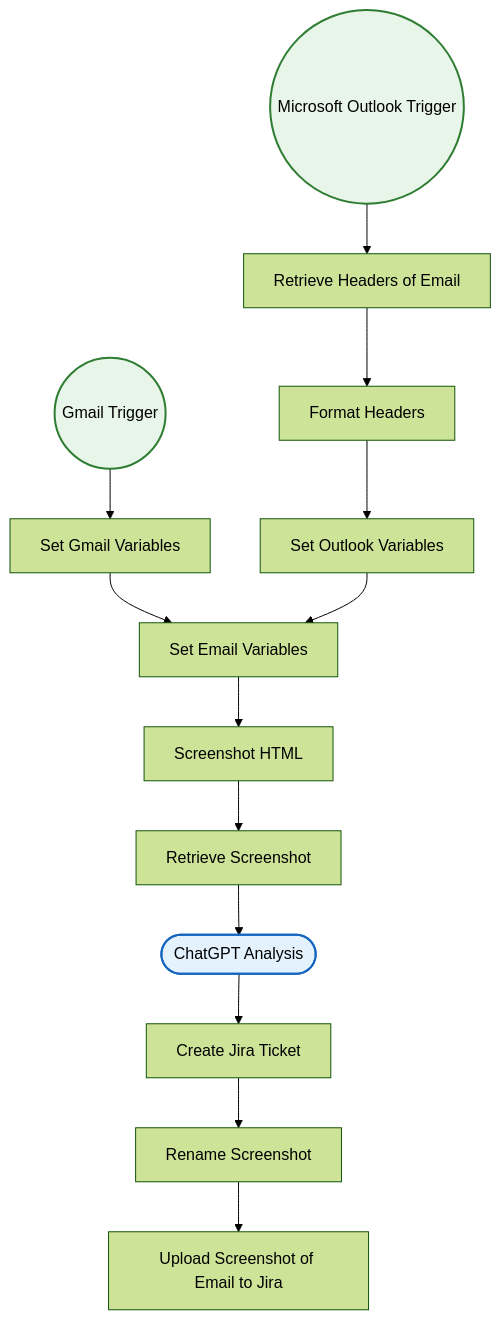
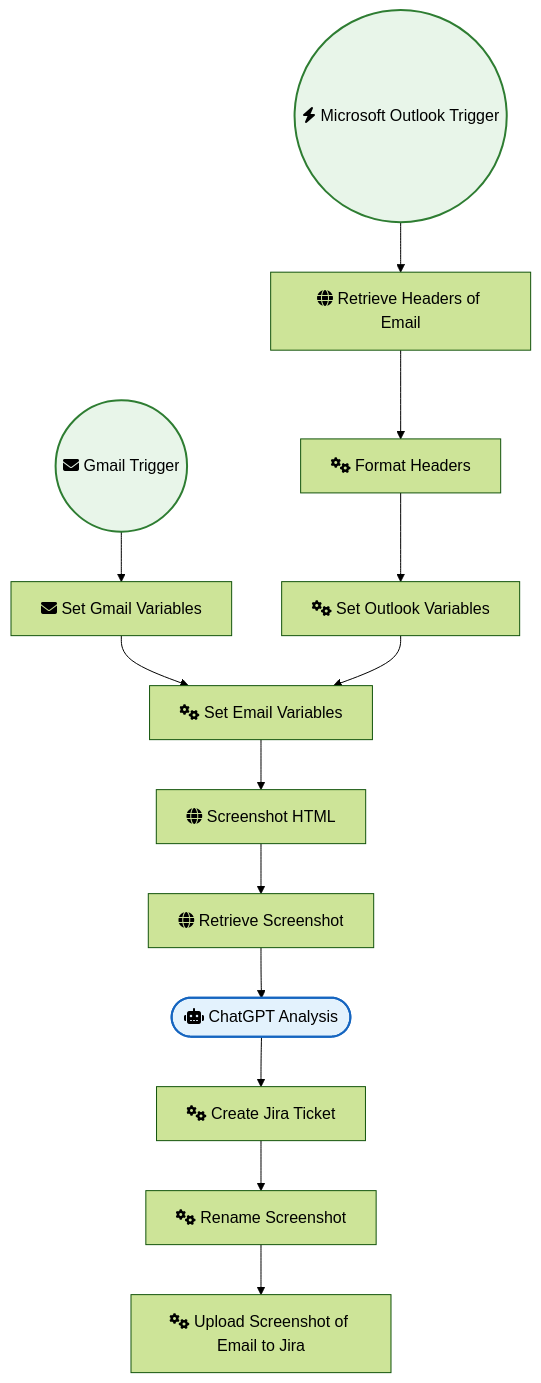
The diagram in Gmail_and_Email_Automation/Analyze Suspicious Email Contents with ChatGPT Vision.md (sreyash3105/N8N-DEMO-AUTOMATIONS), drawn with Mermaid (forest theme) before and after one commit. The commit also changed 291 other files, not shown here.

````diff
--- a/Gmail_and_Email_Automation/Analyze Suspicious Email Contents with ChatGPT Vision.md
+++ b/Gmail_and_Email_Automation/Analyze Suspicious Email Contents with ChatGPT Vision.md
@@ -1,33 +1,33 @@
 ```mermaid
 graph TD
     classDef trigger fill:#e8f5e9,stroke:#2e7d32,stroke-width:2px;
     classDef ai fill:#e3f2fd,stroke:#1565c0,stroke-width:2px;
     classDef logic fill:#fff3e0,stroke:#ef6c00,stroke-width:2px;
 
-    Gmail_Trigger(("Gmail Trigger")):::trigger
-    Microsoft_Outlook_Trigger(("Microsoft Outlook Trigger")):::trigger
-    Screenshot_HTML["Screenshot HTML"]
-    Retrieve_Screenshot["Retrieve Screenshot"]
-    Set_Outlook_Variables["Set Outlook Variables"]
-    Set_Gmail_Variables["Set Gmail Variables"]
-    Retrieve_Headers_of_Email["Retrieve Headers of Email"]
-    Format_Headers["Format Headers"]
-    Set_Email_Variables["Set Email Variables"]
-    ChatGPT_Analysis(["ChatGPT Analysis"]):::ai
-    Create_Jira_Ticket["Create Jira Ticket"]
-    Rename_Screenshot["Rename Screenshot"]
-    Upload_Screenshot_of_Email_to_Jira["Upload Screenshot of Email to Jira"]
+    Gmail_Trigger(("fas:fa-envelope Gmail Trigger")):::trigger
+    Microsoft_Outlook_Trigger(("fas:fa-bolt Microsoft Outlook Trigger")):::trigger
+    Screenshot_HTML["fas:fa-globe Screenshot HTML"]
+    Retrieve_Screenshot["fas:fa-globe Retrieve Screenshot"]
+    Set_Outlook_Variables["fas:fa-cogs Set Outlook Variables"]
+    Set_Gmail_Variables["fas:fa-envelope Set Gmail Variables"]
+    Retrieve_Headers_of_Email["fas:fa-globe Retrieve Headers of Email"]
+    Format_Headers["fas:fa-cogs Format Headers"]
+    Set_Email_Variables["fas:fa-cogs Set Email Variables"]
+    ChatGPT_Analysis(["fas:fa-robot ChatGPT Analysis"]):::ai
+    Create_Jira_Ticket["fas:fa-cogs Create Jira Ticket"]
+    Rename_Screenshot["fas:fa-cogs Rename Screenshot"]
+    Upload_Screenshot_of_Email_to_Jira["fas:fa-cogs Upload Screenshot of Email to Jira"]
 
     Gmail_Trigger --> Set_Gmail_Variables
     Format_Headers --> Set_Outlook_Variables
     Screenshot_HTML --> Retrieve_Screenshot
     ChatGPT_Analysis --> Create_Jira_Ticket
     Rename_Screenshot --> Upload_Screenshot_of_Email_to_Jira
     Create_Jira_Ticket --> Rename_Screenshot
     Retrieve_Screenshot --> ChatGPT_Analysis
     Set_Email_Variables --> Screenshot_HTML
     Set_Gmail_Variables --> Set_Email_Variables
     Set_Outlook_Variables --> Set_Email_Variables
     Microsoft_Outlook_Trigger --> Retrieve_Headers_of_Email
     Retrieve_Headers_of_Email --> Format_Headers
 ```
````
